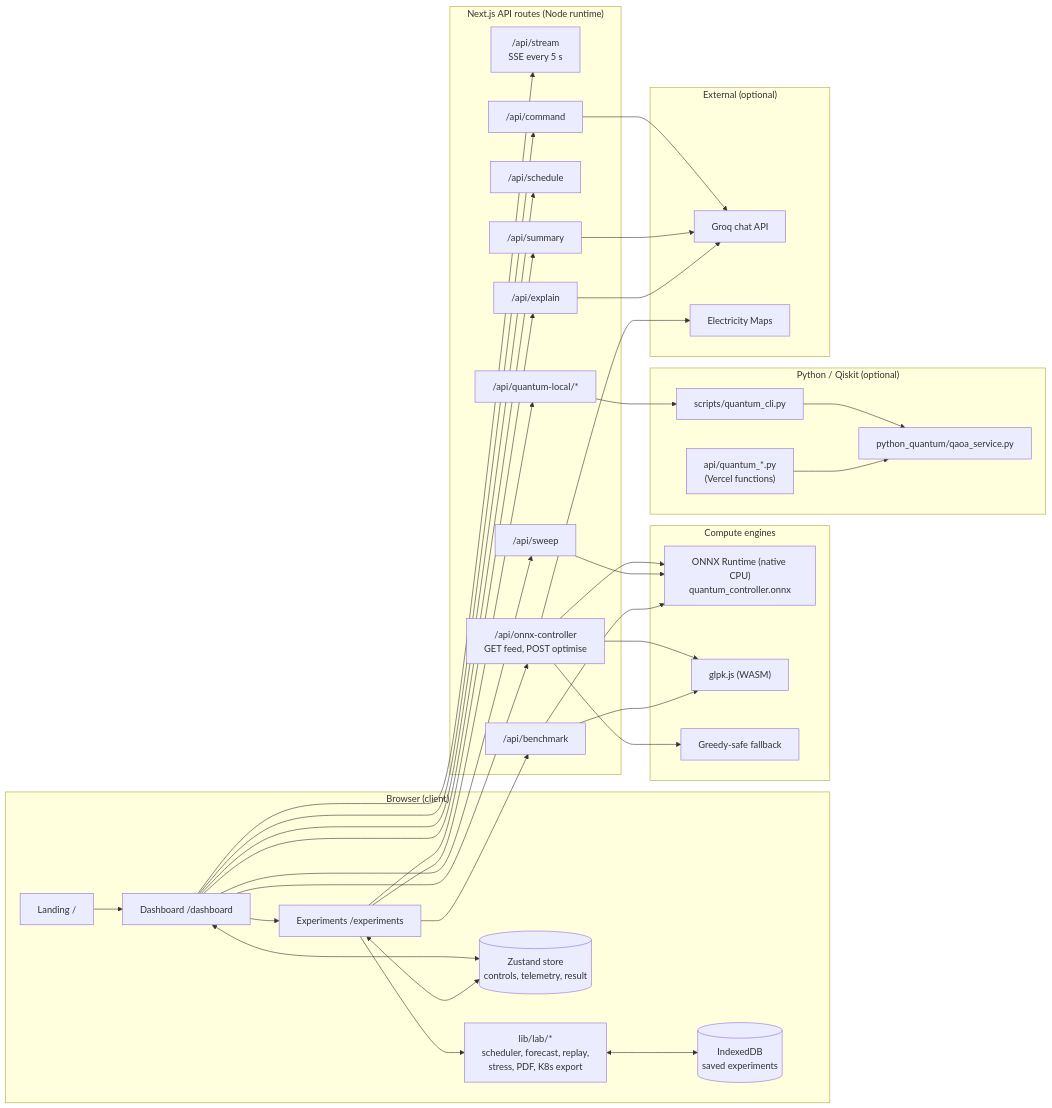
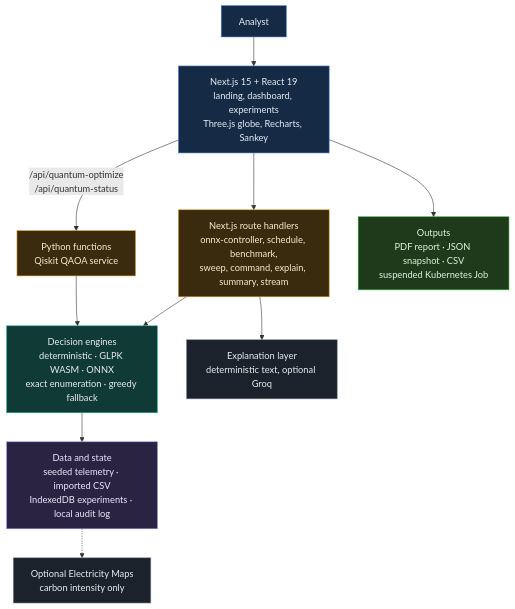
Before and after one commit to prantikchanda21/Carbon-Ledger: the first of 8 diagrams in README.md, drawn with Mermaid. The commit also changed other lines of this file, not shown here.

````diff
--- a/README.md
+++ b/README.md
@@ -186,69 +146,19 @@
 ```mermaid
-flowchart LR
-  subgraph Browser["Browser (client)"]
-    LP["Landing /"]
-    DASH["Dashboard /dashboard"]
-    LAB["Experiments /experiments"]
-    STORE[("Zustand store<br/>controls, telemetry, result")]
-    IDB[("IndexedDB<br/>saved experiments")]
-    LAB_LIB["lib/lab/*<br/>scheduler, forecast, replay,<br/>stress, PDF, K8s export"]
-    LP --> DASH
-    DASH --> LAB
-    DASH <--> STORE
-    LAB <--> STORE
-    LAB --> LAB_LIB
-    LAB_LIB <--> IDB
-  end
+flowchart TB
+    classDef ui fill:#142A45,stroke:#4C86D9,color:#E8ECF0
+    classDef api fill:#3A2A0E,stroke:#D99A25,color:#FBEBCB
+    classDef eng fill:#103A35,stroke:#2BB8A3,color:#E8ECF0
+    classDef data fill:#2A2342,stroke:#9D8CE8,color:#ECE8FB
+    classDef out fill:#1F3A1A,stroke:#2FB344,color:#DDF5E1
+    classDef ext fill:#1B222B,stroke:#8A949F,color:#E8ECF0
 
-  subgraph Next["Next.js API routes (Node runtime)"]
-    STREAM["/api/stream<br/>SSE every 5 s"]
-    CTRL["/api/onnx-controller<br/>GET feed, POST optimise"]
-    SCHED["/api/schedule"]
-    SWEEP["/api/sweep"]
-    BENCH["/api/benchmark"]
-    CMD["/api/command"]
-    SUM["/api/summary"]
-    EXPL["/api/explain"]
-    QLOC["/api/quantum-local/*"]
-  end
-
-  subgraph Engines["Compute engines"]
-    ONNX["ONNX Runtime (native CPU)<br/>quantum_controller.onnx"]
-    GLPK["glpk.js (WASM)"]
-    GREEDY["Greedy-safe fallback"]
-  end
-
-  subgraph Py["Python / Qiskit (optional)"]
-    CLI["scripts/quantum_cli.py"]
-    QAOA["python_quantum/qaoa_service.py"]
-    VPY["api/quantum_*.py<br/>(Vercel functions)"]
-  end
-
-  subgraph Ext["External (optional)"]
-    GROQ["Groq chat API"]
-    EM["Electricity Maps"]
-  end
-
-  DASH --> STREAM
-  DASH --> CTRL
-  DASH --> SCHED
-  DASH --> SWEEP
-  DASH --> CMD
-  DASH --> SUM
-  LAB --> BENCH
-  LAB --> EXPL
-  LAB --> QLOC
-
-  CTRL --> ONNX
-  CTRL --> GLPK
-  CTRL --> GREEDY
-  CTRL --> EM
-  SWEEP --> ONNX
-  BENCH --> ONNX
-  BENCH --> GLPK
-  QLOC --> CLI --> QAOA
-  VPY --> QAOA
-  CMD --> GROQ
-  SUM --> GROQ
-  EXPL --> GROQ
+    U["Analyst"]:::ui --> UI["Next.js 15 + React 19<br/>landing, dashboard, experiments<br/>Three.js globe, Recharts, Sankey"]:::ui
+    UI --> API["Next.js route handlers<br/>onnx-controller, schedule, benchmark,<br/>sweep, command, explain, summary, stream"]:::api
+    UI -->|"/api/quantum-optimize<br/>/api/quantum-status"| PYAPI["Python functions<br/>Qiskit QAOA service"]:::api
+    API --> ENG["Decision engines<br/>deterministic · GLPK WASM · ONNX<br/>exact enumeration · greedy fallback"]:::eng
+    PYAPI --> ENG
+    ENG --> DATA["Data and state<br/>seeded telemetry · imported CSV<br/>IndexedDB experiments · local audit log"]:::data
+    API --> EXPL["Explanation layer<br/>deterministic text, optional Groq"]:::ext
+    DATA -.-> FEED["Optional Electricity Maps<br/>carbon intensity only"]:::ext
+    UI --> OUT["Outputs<br/>PDF report · JSON snapshot · CSV<br/>suspended Kubernetes Job"]:::out
 ```
````
